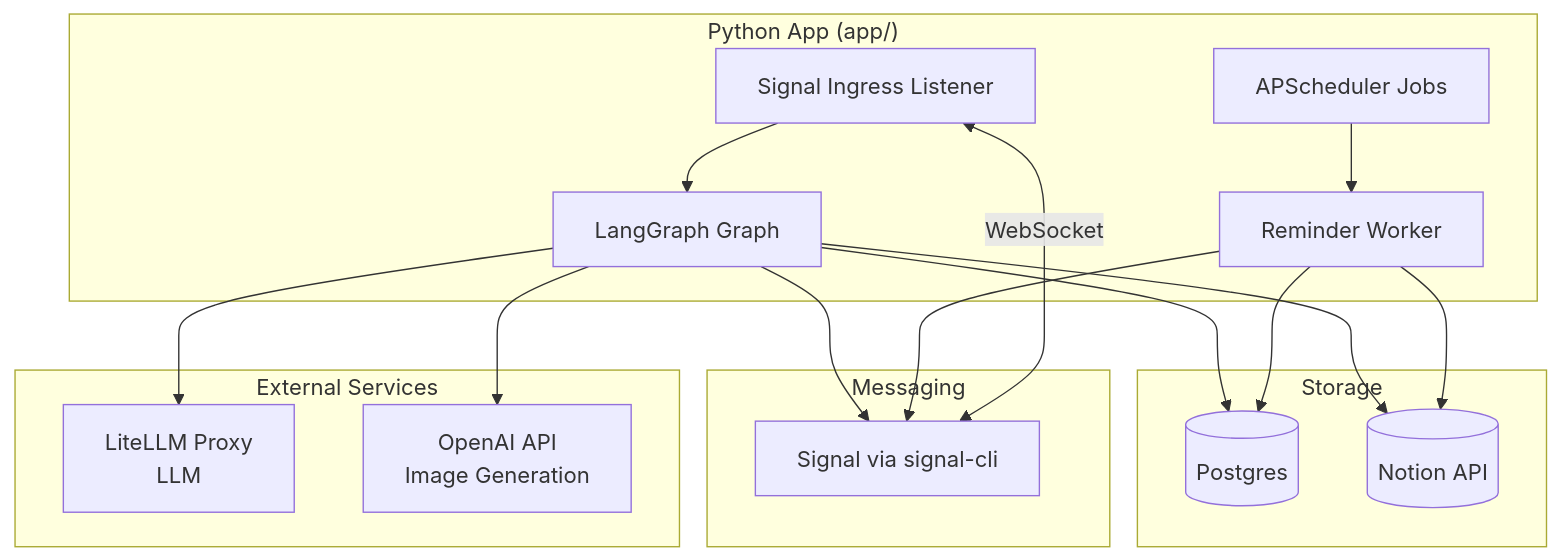
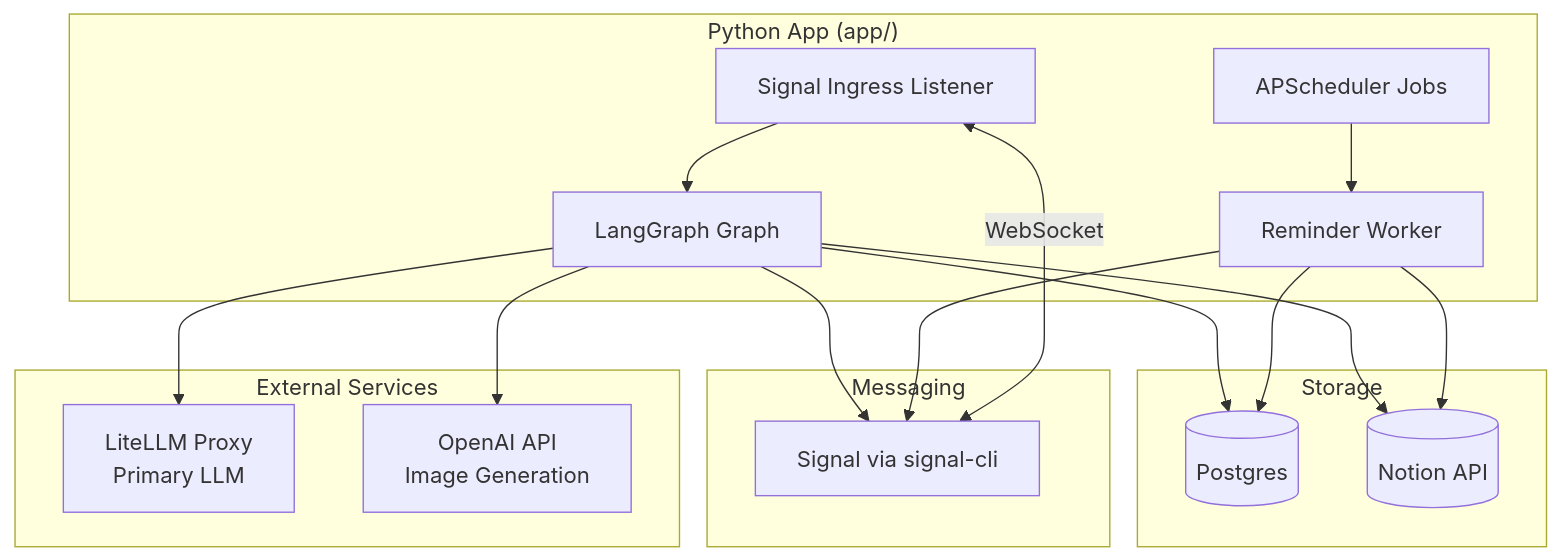
Before and after one commit to NickBorgersProbably/hide-my-list: the diagram in docs/architecture.md, drawn with Mermaid. The commit also changed other lines of this file and 22 other files, not shown here.

First line of the commit message:
Rename LLM proxy environment variables (#590)

````diff
--- a/docs/architecture.md
+++ b/docs/architecture.md
@@ -31,37 +31,37 @@
 ```mermaid
 flowchart TB
     subgraph App["Python App (app/)"]
         Ingress[Signal Ingress Listener]
         Graph[LangGraph Graph]
         Scheduler[APScheduler Jobs]
         Worker[Reminder Worker]
     end
 
     subgraph Storage["Storage"]
         Postgres[(Postgres)]
         Notion[(Notion API)]
     end
 
     subgraph Messaging["Messaging"]
         Signal[Signal via signal-cli]
     end
 
     subgraph External["External Services"]
-        LiteLLM[LiteLLM Proxy<br/>LLM]
+        LLMProxy[LiteLLM Proxy<br/>Primary LLM]
         OpenAI[OpenAI API<br/>Image Generation]
     end
 
     Signal <-->|WebSocket| Ingress
     Ingress --> Graph
     Graph --> Notion
     Graph --> Postgres
     Graph --> Signal
 
     Scheduler --> Worker
     Worker --> Postgres
     Worker --> Signal
     Worker --> Notion
 
-    Graph --> LiteLLM
+    Graph --> LLMProxy
     Graph --> OpenAI
 ```
````
